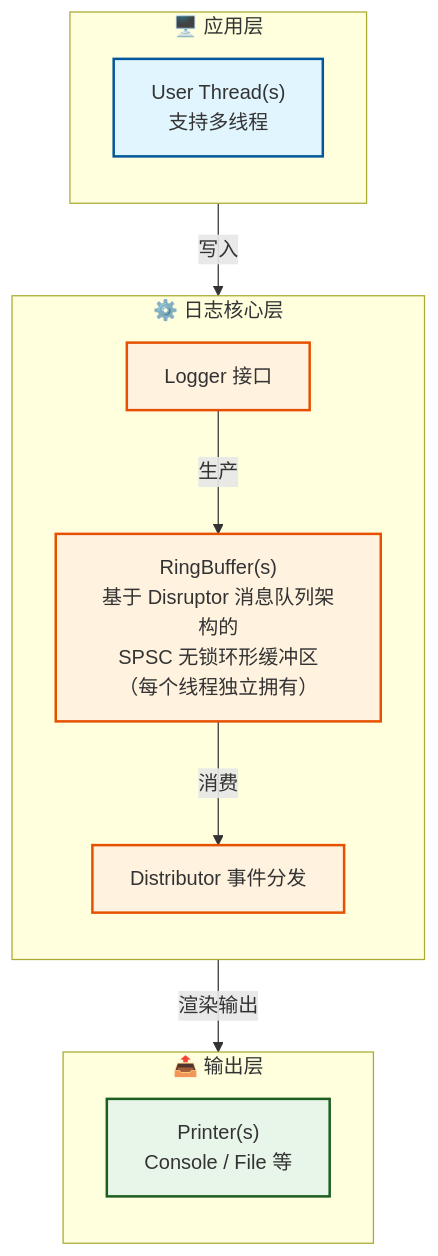
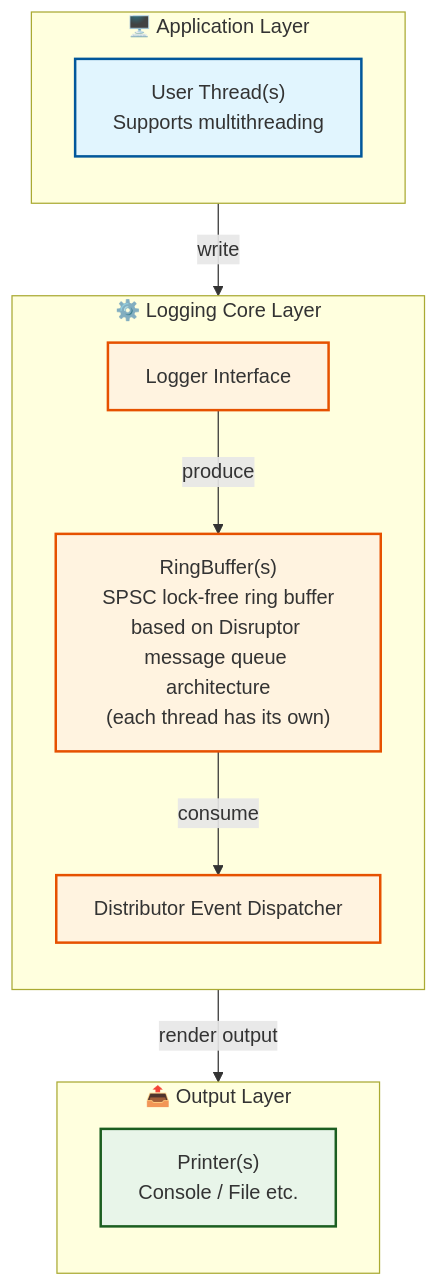
One commit to 2059353675/TinyLogger changed the first of 2 diagrams in docs/DEVELOPER.md. Above: the diagram before and after it, drawn with Mermaid. The commit also changed other lines of this file and 11 other files, not shown here.

````diff
--- a/docs/DEVELOPER.md
+++ b/docs/DEVELOPER.md
@@ -78,30 +79,29 @@
 ```mermaid
 flowchart TD
     classDef appLayer fill:#e1f5fe,stroke:#01579b,stroke-width:2px;
     classDef coreLayer fill:#fff3e0,stroke:#e65100,stroke-width:2px;
     classDef outLayer fill:#e8f5e9,stroke:#1b5e20,stroke-width:2px;
     classDef note fill:#f5f5f5,stroke:#9e9e9e,stroke-dasharray: 5 5,font-size:12px;
 
-    subgraph App ["🖥️ 应用层"]
+    subgraph App ["🖥️ Application Layer"]
         direction TB
-        User["User Thread(s)<br/>支持多线程"]:::appLayer
+        User["User Thread(s)<br/>Supports multithreading"]:::appLayer
     end
 
-    subgraph Core ["⚙️ 日志核心层"]
+    subgraph Core ["⚙️ Logging Core Layer"]
         direction TB
-        Logger["Logger 接口"]:::coreLayer
-        Ring["RingBuffer(s)<br/>基于 Disruptor 消息队列架构的<br/>SPSC 无锁环形缓冲区<br/>（每个线程独立拥有）"]:::coreLayer
-        Dist["Distributor 事件分发"]:::coreLayer
+        Logger["Logger Interface"]:::coreLayer
+        Ring["RingBuffer(s)<br/>SPSC lock-free ring buffer<br/>based on Disruptor message queue architecture<br/>(each thread has its own)"]:::coreLayer
+        Dist["Distributor Event Dispatcher"]:::coreLayer
     end
 
-    subgraph Out ["📤 输出层"]
+    subgraph Out ["📤 Output Layer"]
         direction TB
-        Printer["Printer(s)<br/>Console / File 等"]:::outLayer
+        Printer["Printer(s)<br/>Console / File etc."]:::outLayer
     end
 
-    User -->|写入 | Logger
-    Logger -->|生产 | Ring
-    Ring -->|消费 | Dist
-    Dist -->|渲染输出 | Printer
-
+    User -->|write | Logger
+    Logger -->|produce | Ring
+    Ring -->|consume | Dist
+    Dist -->|render output | Printer
 ```
````
